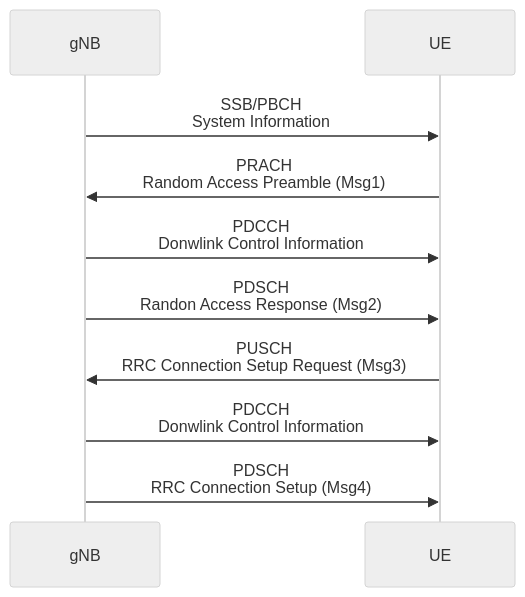
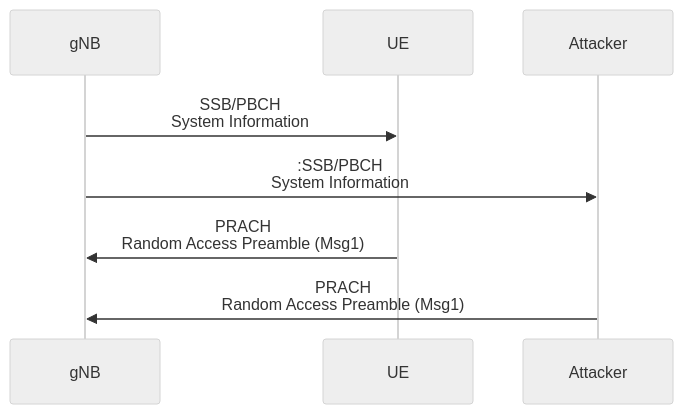
One commit to bmw-ece-ntust/wilfrid-prach-attack-analysis changed the second of 2 diagrams in docs/20250304 Thesis (Incorporate Attacker into Collision Model).md. Above: the diagram before and after it, drawn with Mermaid (neutral theme).

Commit message:
Update 20250304 Thesis (Incorporate Attacker into Collision Model).md

````diff
--- a/docs/20250304 Thesis (Incorporate Attacker into Collision Model).md
+++ b/docs/20250304 Thesis (Incorporate Attacker into Collision Model).md
@@ -51,10 +51,7 @@
 ```mermaid
 sequenceDiagram
     gNB->>UE:SSB/PBCH<br/>System Information
-	UE->>gNB: PRACH<br/>Random Access Preamble (Msg1)
-    gNB->>UE: PDCCH<br/>Donwlink Control Information
-    gNB->>UE: PDSCH<br/>Randon Access Response (Msg2)
-    UE->>gNB: PUSCH<br/>RRC Connection Setup Request (Msg3)
-    gNB->>UE: PDCCH<br/>Donwlink Control Information
-    gNB->>UE: PDSCH<br/>RRC Connection Setup (Msg4)
+    gNB->>Attacker::SSB/PBCH<br/>System Information
+    UE->>gNB: PRACH<br/>Random Access Preamble (Msg1)
+    Attacker->>gNB: PRACH<br/>Random Access Preamble (Msg1)
 ```
````
